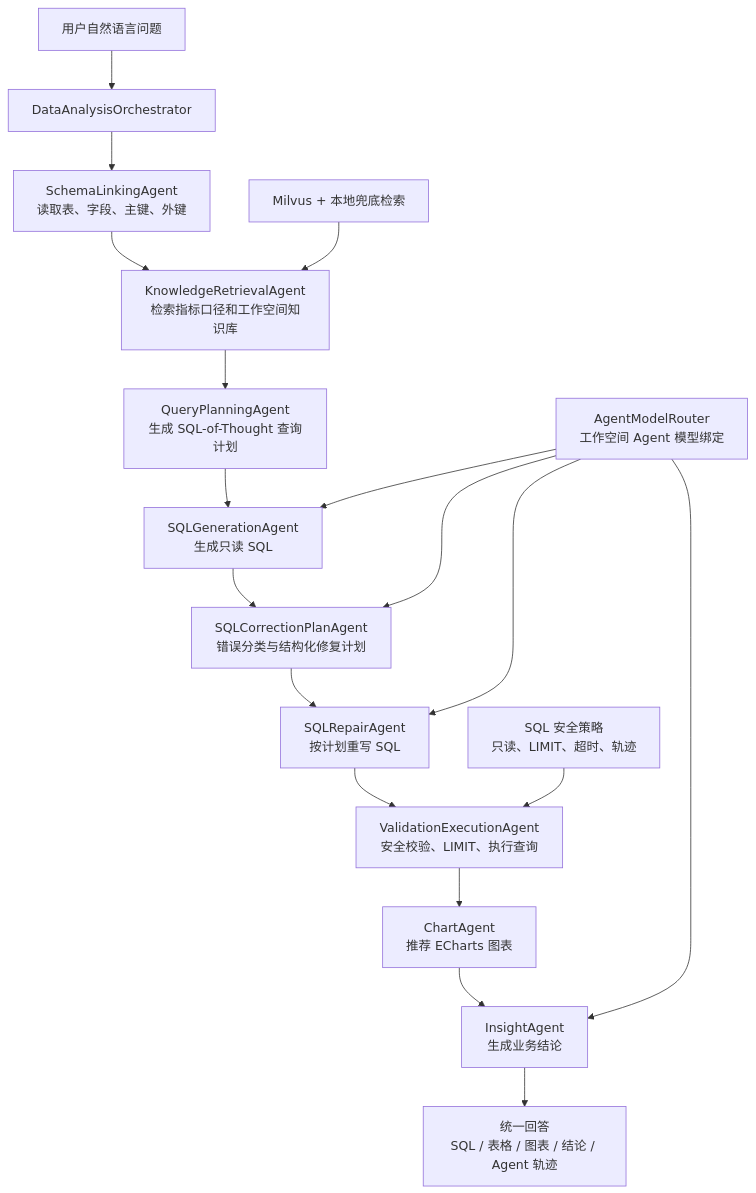
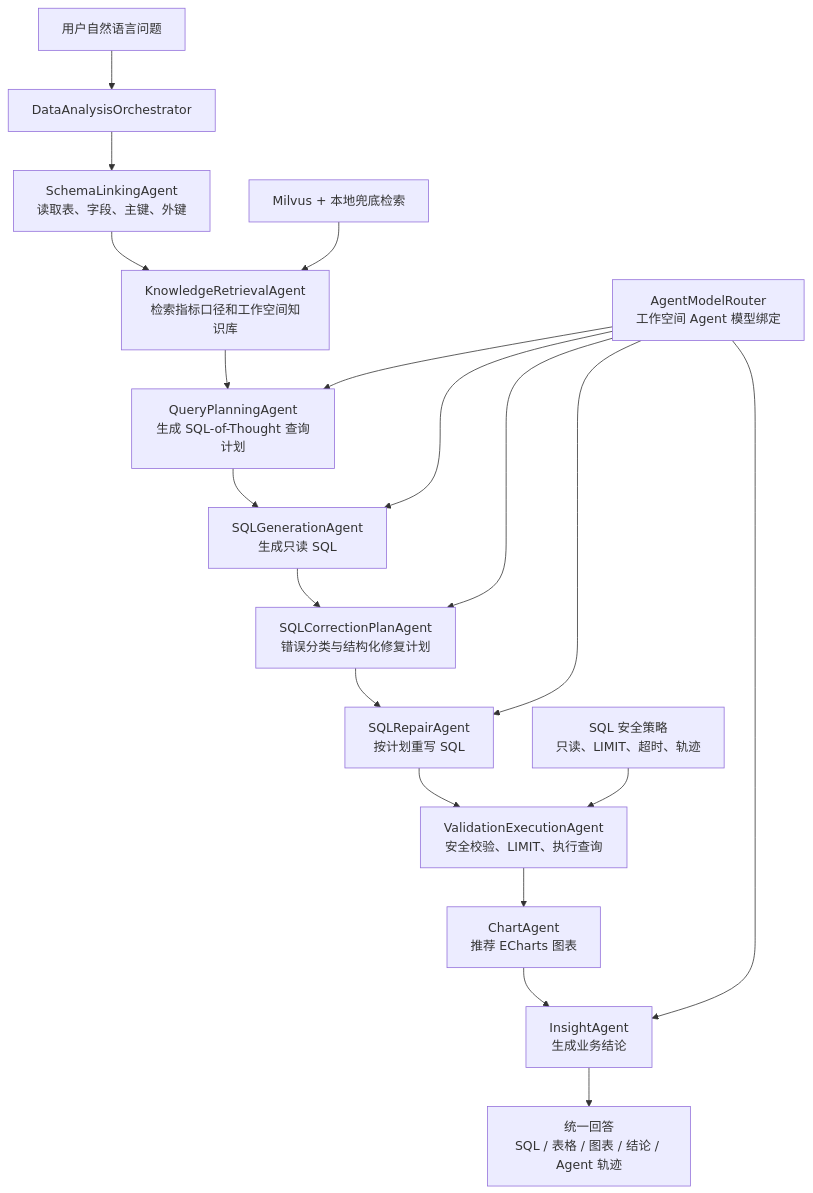
One commit to chenpan979/DataWhisperer changed the second of 3 diagrams in README.md. Above: the diagram before and after it, drawn with Mermaid. The commit also changed other lines of this file and 12 other files, not shown here.

````diff
--- a/README.md
+++ b/README.md
@@ -235,21 +238,22 @@
 ```mermaid
 flowchart TD
     Q["用户自然语言问题"] --> ORCH["DataAnalysisOrchestrator"]
     ORCH --> S1["SchemaLinkingAgent<br/>读取表、字段、主键、外键"]
     S1 --> S2["KnowledgeRetrievalAgent<br/>检索指标口径和工作空间知识库"]
     S2 --> S3["QueryPlanningAgent<br/>生成 SQL-of-Thought 查询计划"]
     S3 --> S4["SQLGenerationAgent<br/>生成只读 SQL"]
     S4 --> S5["SQLCorrectionPlanAgent<br/>错误分类与结构化修复计划"]
     S5 --> S6["SQLRepairAgent<br/>按计划重写 SQL"]
     S6 --> S7["ValidationExecutionAgent<br/>安全校验、LIMIT、执行查询"]
     S7 --> S8["ChartAgent<br/>推荐 ECharts 图表"]
     S8 --> S9["InsightAgent<br/>生成业务结论"]
     S9 --> R["统一回答<br/>SQL / 表格 / 图表 / 结论 / Agent 轨迹"]
 
-    ROUTER["AgentModelRouter<br/>工作空间 Agent 模型绑定"] --> S4
+    ROUTER["AgentModelRouter<br/>工作空间 Agent 模型绑定"] --> S3
+    ROUTER --> S4
     ROUTER --> S5
     ROUTER --> S6
     ROUTER --> S9
     POLICY["SQL 安全策略<br/>只读、LIMIT、超时、轨迹"] --> S7
     MILVUS["Milvus + 本地兜底检索"] --> S2
 ```
````
